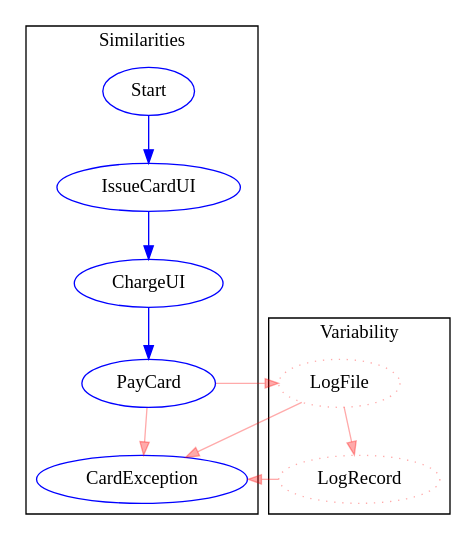
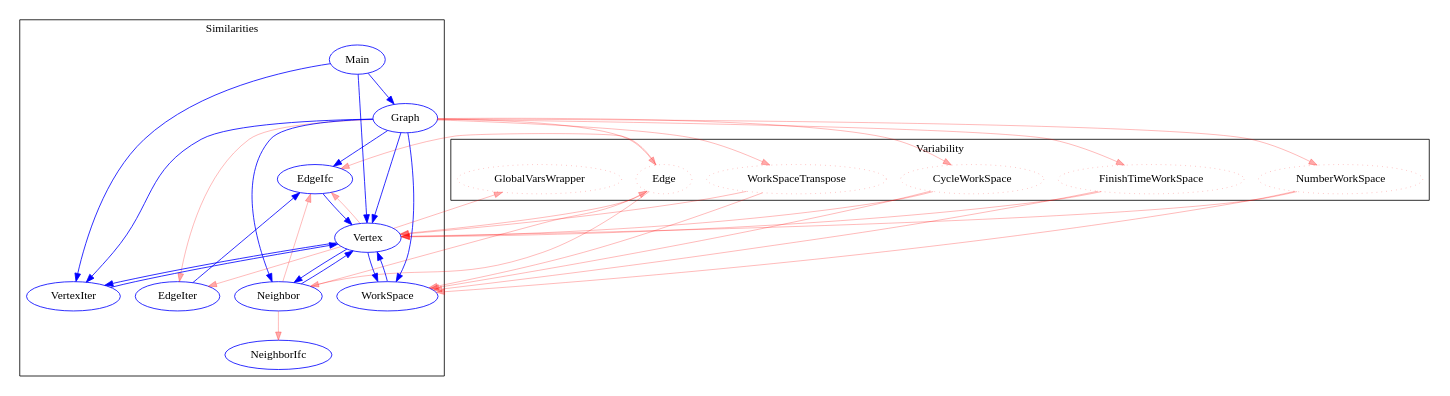
Before and after one commit to MPassos/PLAR-Tool: the diagram in output/mergedgraph.dot, drawn with Graphviz. The commit also changed 12 other files, not shown here.

Commit message:
Minor fixes on interactive graph generation

```diff
--- a/output/mergedgraph.dot
+++ b/output/mergedgraph.dot
@@ -1,32 +1,79 @@
 digraph G {
-size= "7,7";
+size= "15,15";
 rotate = 180;
-"CardException"[label="CardException",shape=ellipse,color=blue,fontcolor=black,style=""];
-"ChargeUI"[label="ChargeUI",shape=ellipse,color=blue,fontcolor=black,style=""];
-"IssueCardUI"[label="IssueCardUI",shape=ellipse,color=blue,fontcolor=black,style=""];
-"LogFile"[label="LogFile",shape=ellipse, color="#FF000055", style = dotted,fontcolor=black];
-"LogRecord"[label="LogRecord",shape=ellipse, color="#FF000055", style = dotted,fontcolor=black];
-"PayCard"[label="PayCard",shape=ellipse,color=blue,fontcolor=black,style=""];
-"Start"[label="Start",shape=ellipse,color=blue,fontcolor=black,style=""];
-"ChargeUI" -> "PayCard" [color=blue,font=6];
-"IssueCardUI" -> "ChargeUI" [color=blue,font=6];
-"LogFile" -> "CardException" [color="#FF000055", font=6];
-"LogFile" -> "LogRecord" [color="#FF000055", font=6];
-"LogRecord" -> "CardException" [color="#FF000055", font=6];
-"PayCard" -> "CardException" [color="#FF000055", font=6];
-"PayCard" -> "LogFile" [color="#FF000055", font=6];
-"Start" -> "IssueCardUI" [color=blue,font=6];
+"CycleWorkSpace"[label="CycleWorkSpace",shape=ellipse, color="#FF000055", style = dotted,fontcolor=black];
+"Edge"[label="Edge",shape=ellipse, color="#FF000055", style = dotted,fontcolor=black];
+"EdgeIfc"[label="EdgeIfc",shape=ellipse,color=blue,fontcolor=black,style=""];
+"EdgeIter"[label="EdgeIter",shape=ellipse,color=blue,fontcolor=black,style=""];
+"FinishTimeWorkSpace"[label="FinishTimeWorkSpace",shape=ellipse, color="#FF000055", style = dotted,fontcolor=black];
+"GlobalVarsWrapper"[label="GlobalVarsWrapper",shape=ellipse, color="#FF000055", style = dotted,fontcolor=black];
+"Graph"[label="Graph",shape=ellipse,color=blue,fontcolor=black,style=""];
+"Main"[label="Main",shape=ellipse,color=blue,fontcolor=black,style=""];
+"Neighbor"[label="Neighbor",shape=ellipse,color=blue,fontcolor=black,style=""];
+"NeighborIfc"[label="NeighborIfc",shape=ellipse,color=blue,fontcolor=black,style=""];
+"NumberWorkSpace"[label="NumberWorkSpace",shape=ellipse, color="#FF000055", style = dotted,fontcolor=black];
+"Vertex"[label="Vertex",shape=ellipse,color=blue,fontcolor=black,style=""];
+"VertexIter"[label="VertexIter",shape=ellipse,color=blue,fontcolor=black,style=""];
+"WorkSpace"[label="WorkSpace",shape=ellipse,color=blue,fontcolor=black,style=""];
+"WorkSpaceTranspose"[label="WorkSpaceTranspose",shape=ellipse, color="#FF000055", style = dotted,fontcolor=black];
+"CycleWorkSpace" -> "Vertex" [color="#FF000055", font=6];
+"CycleWorkSpace" -> "WorkSpace" [color="#FF000055", font=6];
+"Edge" -> "EdgeIfc" [color="#FF000055", font=6];
+"Edge" -> "Neighbor" [color="#FF000055", font=6];
+"Edge" -> "Vertex" [color="#FF000055", font=6];
+"EdgeIfc" -> "Vertex" [color=blue,font=6];
+"EdgeIter" -> "EdgeIfc" [color=blue,font=6];
+"FinishTimeWorkSpace" -> "Vertex" [color="#FF000055", font=6];
+"FinishTimeWorkSpace" -> "WorkSpace" [color="#FF000055", font=6];
+"Graph" -> "Edge" [color="#FF000055", font=6];
+"Graph" -> "EdgeIfc" [color=blue,font=6];
+"Graph" -> "EdgeIter" [color="#FF000055", font=6];
+"Graph" -> "Neighbor" [color=blue,font=6];
+"Graph" -> "NumberWorkSpace" [color="#FF000055", font=6];
+"Graph" -> "Vertex" [color=blue,font=6];
+"Graph" -> "VertexIter" [color=blue,font=6];
+"Graph" -> "WorkSpace" [color=blue,font=6];
+"Graph" -> "FinishTimeWorkSpace" [color="#FF000055", font=6];
+"Graph" -> "WorkSpaceTranspose" [color="#FF000055", font=6];
+"Graph" -> "CycleWorkSpace" [color="#FF000055", font=6];
+"Main" -> "Graph" [color=blue,font=6];
+"Main" -> "Vertex" [color=blue,font=6];
+"Main" -> "VertexIter" [color=blue,font=6];
+"Neighbor" -> "Edge" [color="#FF000055", font=6];
+"Neighbor" -> "Vertex" [color=blue,font=6];
+"Neighbor" -> "EdgeIfc" [color="#FF000055", font=6];
+"Neighbor" -> "NeighborIfc" [color="#FF000055", font=6];
+"NumberWorkSpace" -> "Vertex" [color="#FF000055", font=6];
+"NumberWorkSpace" -> "WorkSpace" [color="#FF000055", font=6];
+"Vertex" -> "EdgeIfc" [color="#FF000055", font=6];
+"Vertex" -> "EdgeIter" [color="#FF000055", font=6];
+"Vertex" -> "GlobalVarsWrapper" [color="#FF000055", font=6];
+"Vertex" -> "Neighbor" [color=blue,font=6];
+"Vertex" -> "VertexIter" [color=blue,font=6];
+"Vertex" -> "WorkSpace" [color=blue,font=6];
+"VertexIter" -> "Vertex" [color=blue,font=6];
+"WorkSpace" -> "Vertex" [color=blue,font=6];
+"WorkSpaceTranspose" -> "Vertex" [color="#FF000055", font=6];
+"WorkSpaceTranspose" -> "WorkSpace" [color="#FF000055", font=6];
 subgraph cluster_0{
 label = "Variability";
-"LogFile"
-"LogRecord"
+"CycleWorkSpace"
+"Edge"
+"FinishTimeWorkSpace"
+"GlobalVarsWrapper"
+"NumberWorkSpace"
+"WorkSpaceTranspose"
 }
 subgraph cluster_1{
 label = "Similarities" ;
-"CardException"
-"ChargeUI"
-"IssueCardUI"
-"PayCard"
-"Start"
+"EdgeIfc"
+"EdgeIter"
+"Graph"
+"Main"
+"Neighbor"
+"NeighborIfc"
+"Vertex"
+"VertexIter"
+"WorkSpace"
 }
 }
```
